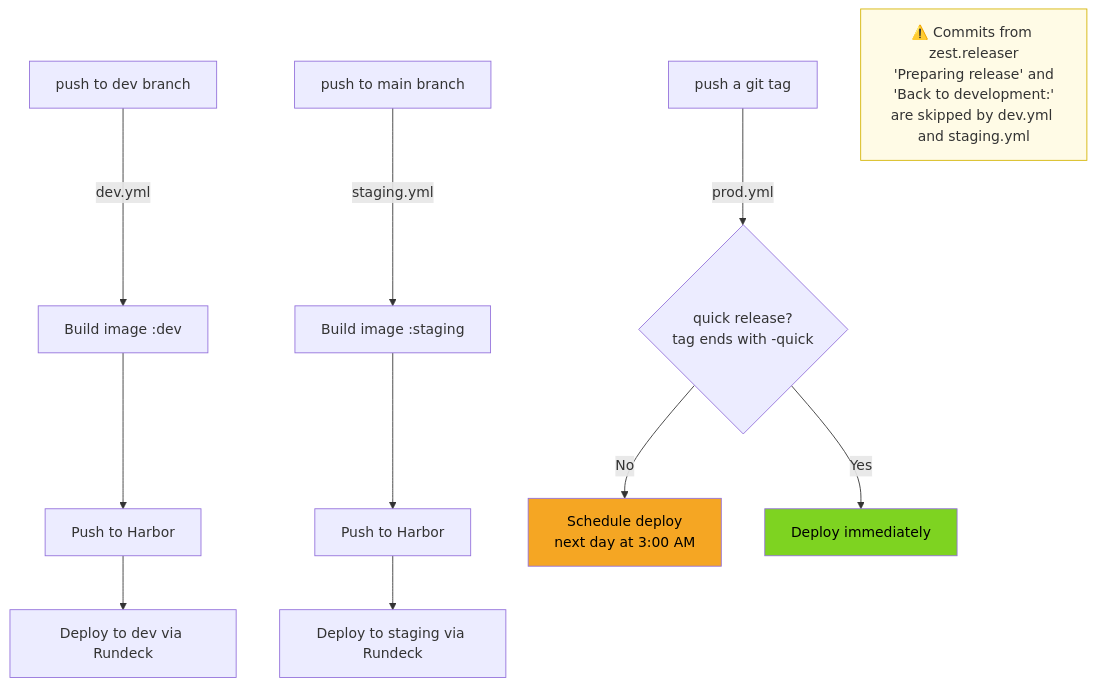
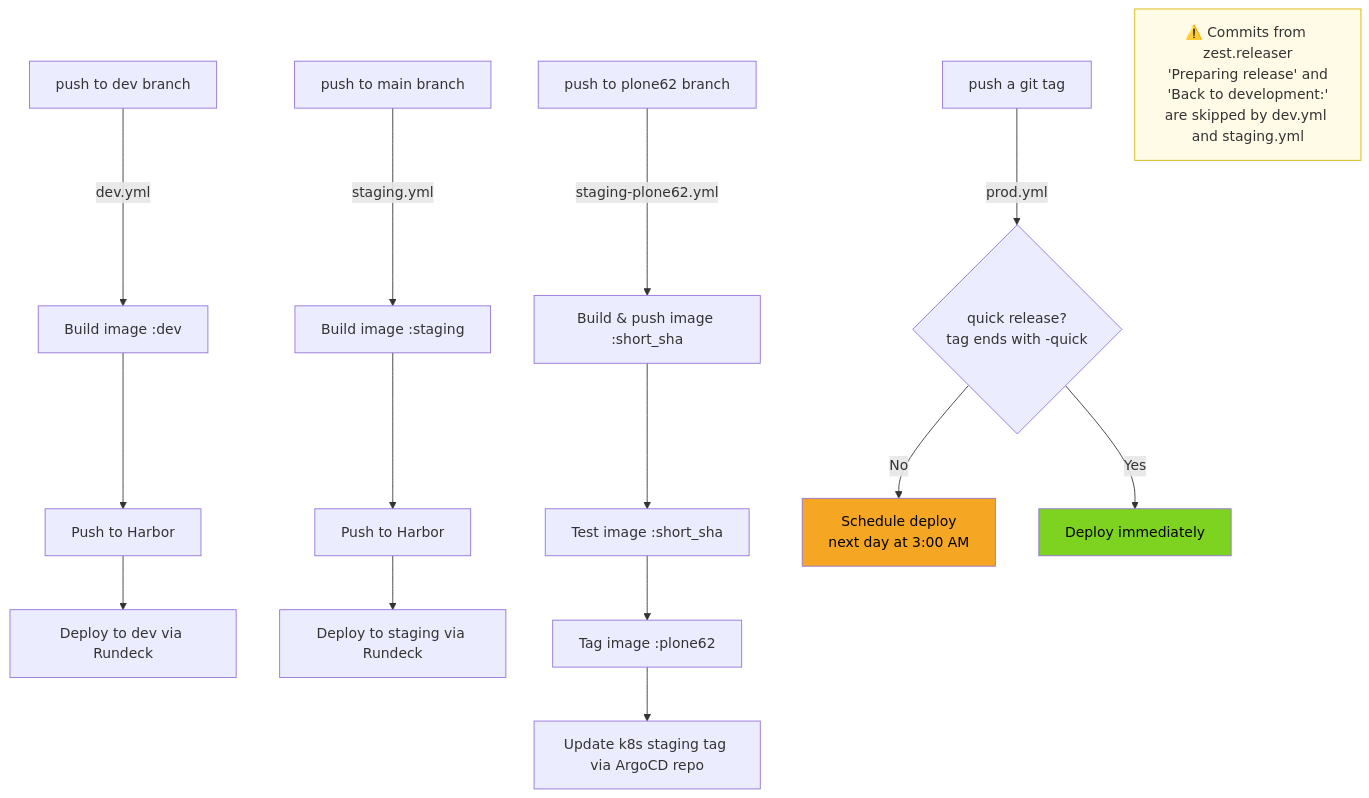
Before and after one commit to IMIO/buildout.smartweb: the first of 4 diagrams in .github/workflows/README.md, drawn with Mermaid. The commit also changed other lines of this file and 17 other files, not shown here.

````diff
--- a/.github/workflows/README.md
+++ b/.github/workflows/README.md
@@ -15,20 +15,25 @@
 ```mermaid
 flowchart TD
     A[push to dev branch] -->|dev.yml| B[Build image :dev]
     B --> C[Push to Harbor]
     C --> D[Deploy to dev via Rundeck]
 
     E[push to main branch] -->|staging.yml| F[Build image :staging]
     F --> G[Push to Harbor]
     G --> H[Deploy to staging via Rundeck]
+
+    P[push to plone62 branch] -->|staging-plone62.yml| Q[Build & push image :short_sha]
+    Q --> T[Test image :short_sha]
+    T --> R[Tag image :plone62]
+    R --> S[Update k8s staging tag via ArgoCD repo]
 
     I[push a git tag] -->|prod.yml| J{quick release?\ntag ends with -quick}
     J -- No --> K[Schedule deploy\nnext day at 3:00 AM]
     J -- Yes --> L[Deploy immediately]
 
     style K fill:#f5a623,color:#000
     style L fill:#7ed321,color:#000
 
     note1[" ⚠️ Commits from zest.releaser\n'Preparing release' and\n'Back to development:'\nare skipped by dev.yml and staging.yml"]
     style note1 fill:#fffbe6,stroke:#d4b300,color:#333
 ```
````
